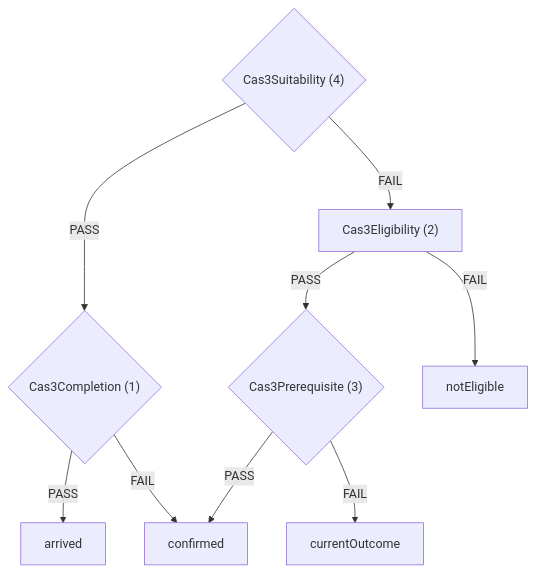
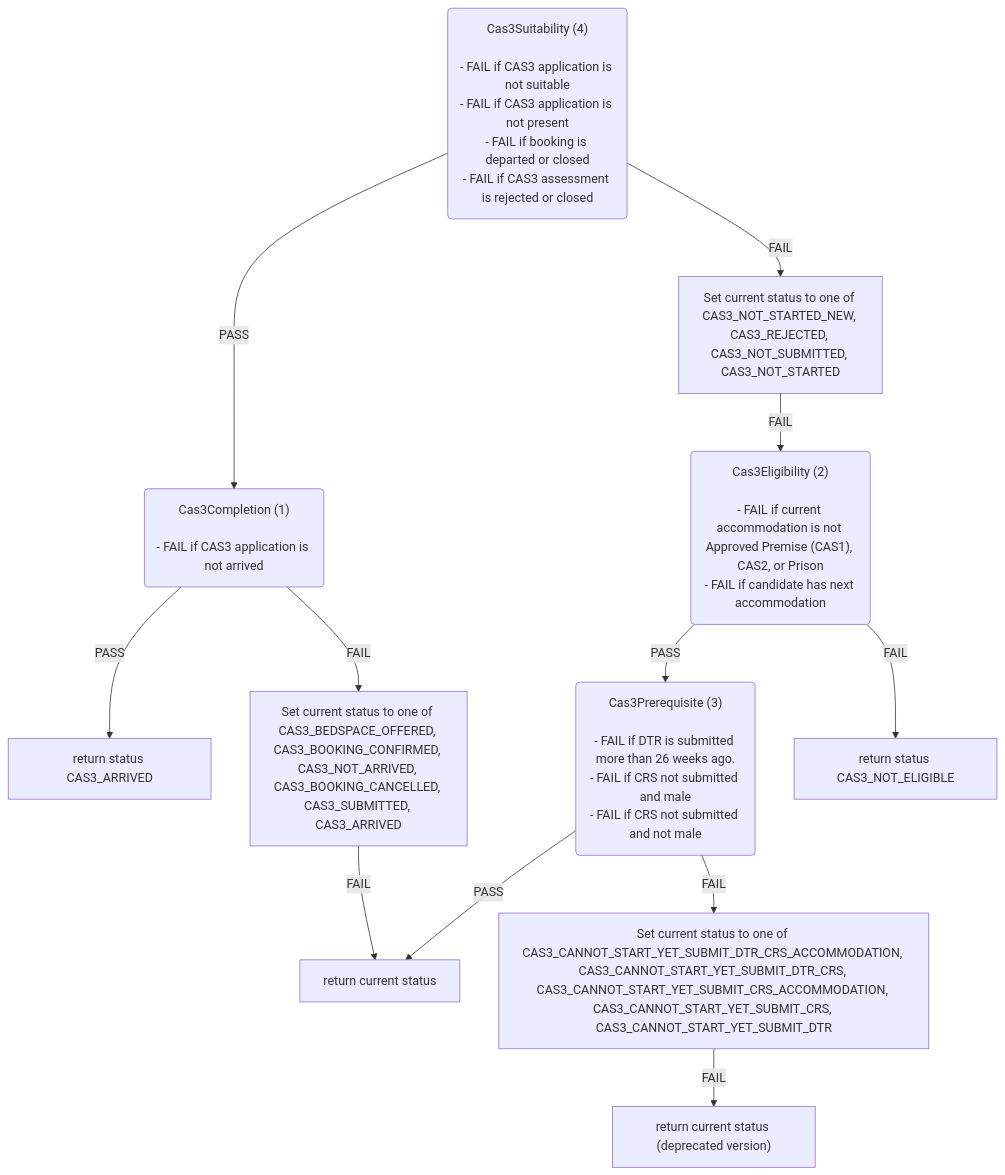
One commit to ministryofjustice/hmpps-single-accommodation-service-api changed the third of 6 diagrams in docs/eligibility-rules-graph.md. Above: the diagram before and after it, drawn with Mermaid. The commit also changed other lines of this file and 25 other files, not shown here.

First line of the commit message:
Rules graph improvements

````diff
--- a/docs/eligibility-rules-graph.md
+++ b/docs/eligibility-rules-graph.md
@@ -165,19 +218,39 @@
 ```mermaid
 flowchart TD
-  Cas3Suitability{"Cas3Suitability (4)"}
-  Cas3Completion{"Cas3Completion (1)"}
-  arrived["arrived"]
-  confirmed["confirmed"]
-  Cas3Eligibility["Cas3Eligibility (2)"]
-  Cas3Prerequisite{"Cas3Prerequisite (3)"}
-  currentOutcome["currentOutcome"]
-  notEligible["notEligible"]
-  Cas3Completion -->|PASS| arrived
-  Cas3Completion -->|FAIL| confirmed
-  Cas3Prerequisite -->|PASS| confirmed
-  Cas3Prerequisite -->|FAIL| currentOutcome
+  Cas3Suitability("Cas3Suitability (4)
+
+- FAIL if CAS3 application is not suitable
+- FAIL if CAS3 application is not present
+- FAIL if booking is departed or closed
+- FAIL if CAS3 assessment is rejected or closed")
+  Cas3Completion("Cas3Completion (1)
+
+- FAIL if CAS3 application is not arrived")
+  return_status_CAS3_ARRIVED["return status CAS3_ARRIVED"]
+  Set_current_status_to_one_of_CAS3_BEDSPACE_OFFERED__CAS3_BOOKING_CONFIRMED__CAS3_NOT_ARRIVED__CAS3_BOOKING_CANCELLED__CAS3_SUBMITTED__CAS3_ARRIVED["Set current status to one of CAS3_BEDSPACE_OFFERED, CAS3_BOOKING_CONFIRMED, CAS3_NOT_ARRIVED, CAS3_BOOKING_CANCELLED, CAS3_SUBMITTED, CAS3_ARRIVED"]
+  return_current_status["return current status"]
+  Set_current_status_to_one_of_CAS3_NOT_STARTED_NEW__CAS3_REJECTED__CAS3_NOT_SUBMITTED__CAS3_NOT_STARTED["Set current status to one of CAS3_NOT_STARTED_NEW, CAS3_REJECTED, CAS3_NOT_SUBMITTED, CAS3_NOT_STARTED"]
+  Cas3Eligibility("Cas3Eligibility (2)
+
+- FAIL if current accommodation is not Approved Premise (CAS1), CAS2, or Prison
+- FAIL if candidate has next accommodation")
+  Cas3Prerequisite("Cas3Prerequisite (3)
+
+- FAIL if DTR is submitted more than 26 weeks ago.
+- FAIL if CRS not submitted and male
+- FAIL if CRS not submitted and not male")
+  Set_current_status_to_one_of_CAS3_CANNOT_START_YET_SUBMIT_DTR_CRS_ACCOMMODATION__CAS3_CANNOT_START_YET_SUBMIT_DTR_CRS__CAS3_CANNOT_START_YET_SUBMIT_CRS_ACCOMMODATION__CAS3_CANNOT_START_YET_SUBMIT_CRS__CAS3_CANNOT_START_YET_SUBMIT_DTR["Set current status to one of CAS3_CANNOT_START_YET_SUBMIT_DTR_CRS_ACCOMMODATION, CAS3_CANNOT_START_YET_SUBMIT_DTR_CRS, CAS3_CANNOT_START_YET_SUBMIT_CRS_ACCOMMODATION, CAS3_CANNOT_START_YET_SUBMIT_CRS, CAS3_CANNOT_START_YET_SUBMIT_DTR"]
+  return_current_status__deprecated_version_["return current status (deprecated version)"]
+  return_status_CAS3_NOT_ELIGIBLE["return status CAS3_NOT_ELIGIBLE"]
+  Cas3Completion -->|PASS| return_status_CAS3_ARRIVED
+  Cas3Completion -->|FAIL| Set_current_status_to_one_of_CAS3_BEDSPACE_OFFERED__CAS3_BOOKING_CONFIRMED__CAS3_NOT_ARRIVED__CAS3_BOOKING_CANCELLED__CAS3_SUBMITTED__CAS3_ARRIVED
+  Set_current_status_to_one_of_CAS3_BEDSPACE_OFFERED__CAS3_BOOKING_CONFIRMED__CAS3_NOT_ARRIVED__CAS3_BOOKING_CANCELLED__CAS3_SUBMITTED__CAS3_ARRIVED -->|FAIL| return_current_status
+  Cas3Suitability -->|PASS| Cas3Completion
+  Cas3Suitability -->|FAIL| Set_current_status_to_one_of_CAS3_NOT_STARTED_NEW__CAS3_REJECTED__CAS3_NOT_SUBMITTED__CAS3_NOT_STARTED
+  Cas3Prerequisite -->|PASS| return_current_status
+  Cas3Prerequisite -->|FAIL| Set_current_status_to_one_of_CAS3_CANNOT_START_YET_SUBMIT_DTR_CRS_ACCOMMODATION__CAS3_CANNOT_START_YET_SUBMIT_DTR_CRS__CAS3_CANNOT_START_YET_SUBMIT_CRS_ACCOMMODATION__CAS3_CANNOT_START_YET_SUBMIT_CRS__CAS3_CANNOT_START_YET_SUBMIT_DTR
+  Set_current_status_to_one_of_CAS3_CANNOT_START_YET_SUBMIT_DTR_CRS_ACCOMMODATION__CAS3_CANNOT_START_YET_SUBMIT_DTR_CRS__CAS3_CANNOT_START_YET_SUBMIT_CRS_ACCOMMODATION__CAS3_CANNOT_START_YET_SUBMIT_CRS__CAS3_CANNOT_START_YET_SUBMIT_DTR -->|FAIL| return_current_status__deprecated_version_
   Cas3Eligibility -->|PASS| Cas3Prerequisite
-  Cas3Eligibility -->|FAIL| notEligible
-  Cas3Suitability -->|PASS| Cas3Completion
-  Cas3Suitability -->|FAIL| Cas3Eligibility
+  Cas3Eligibility -->|FAIL| return_status_CAS3_NOT_ELIGIBLE
+  Set_current_status_to_one_of_CAS3_NOT_STARTED_NEW__CAS3_REJECTED__CAS3_NOT_SUBMITTED__CAS3_NOT_STARTED -->|FAIL| Cas3Eligibility
 ```
````
